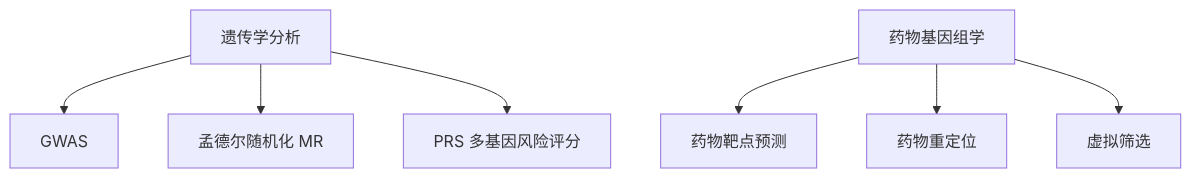
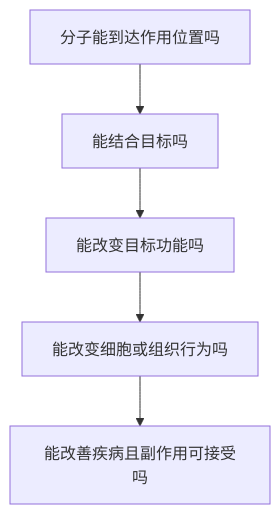
One commit to WangHrYii/BioInfo changed the second of 2 diagrams in docs/00-skill-tree.md. Above: the diagram before and after it, drawn with Mermaid. The commit also changed other lines of this file and 30 other files, not shown here.

````diff
--- a/docs/00-skill-tree.md
+++ b/docs/00-skill-tree.md
@@ -170,10 +219,7 @@
 ```mermaid
 graph TD
-    GENE["遗传学分析"] --> G1["GWAS"]
-    GENE --> G2["孟德尔随机化 MR"]
-    GENE --> G3["PRS 多基因风险评分"]
-
-    DRUG["药物基因组学"] --> D1["药物靶点预测"]
-    DRUG --> D2["药物重定位"]
-    DRUG --> D3["虚拟筛选"]
+    A["分子能到达作用位置吗"] --> B["能结合目标吗"]
+    B --> C["能改变目标功能吗"]
+    C --> D["能改变细胞或组织行为吗"]
+    D --> E["能改善疾病且副作用可接受吗"]
 ```
````
